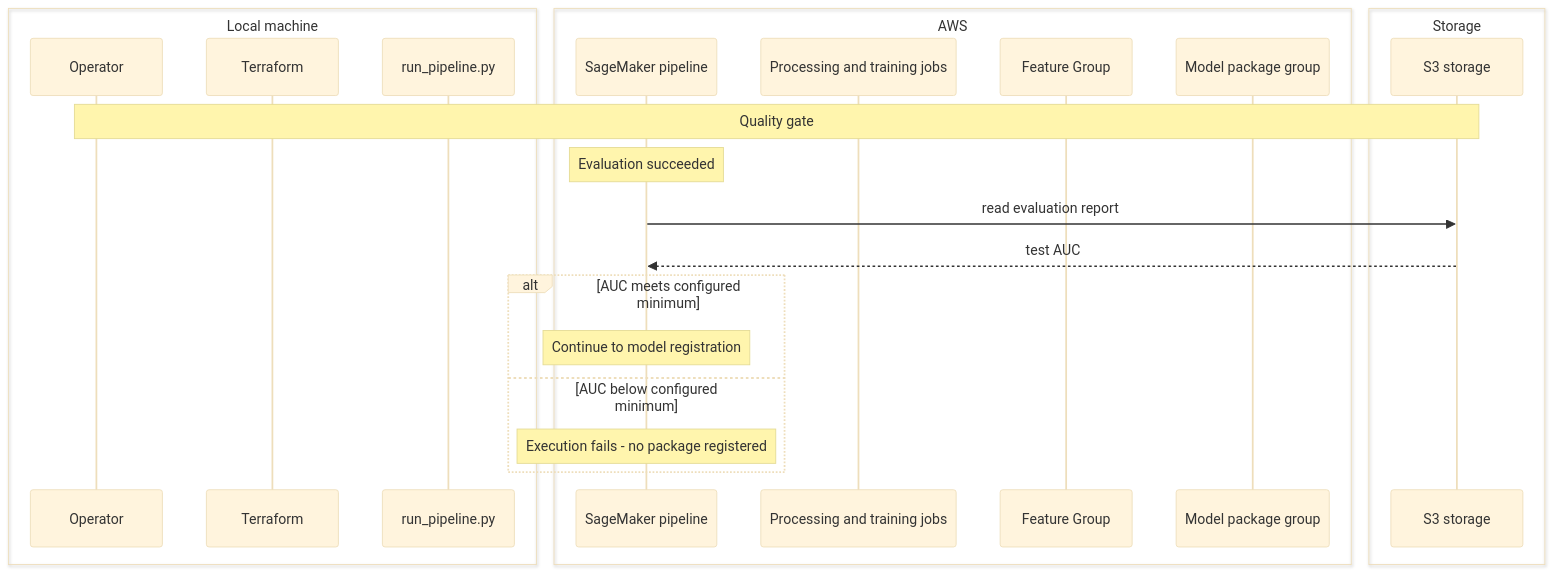
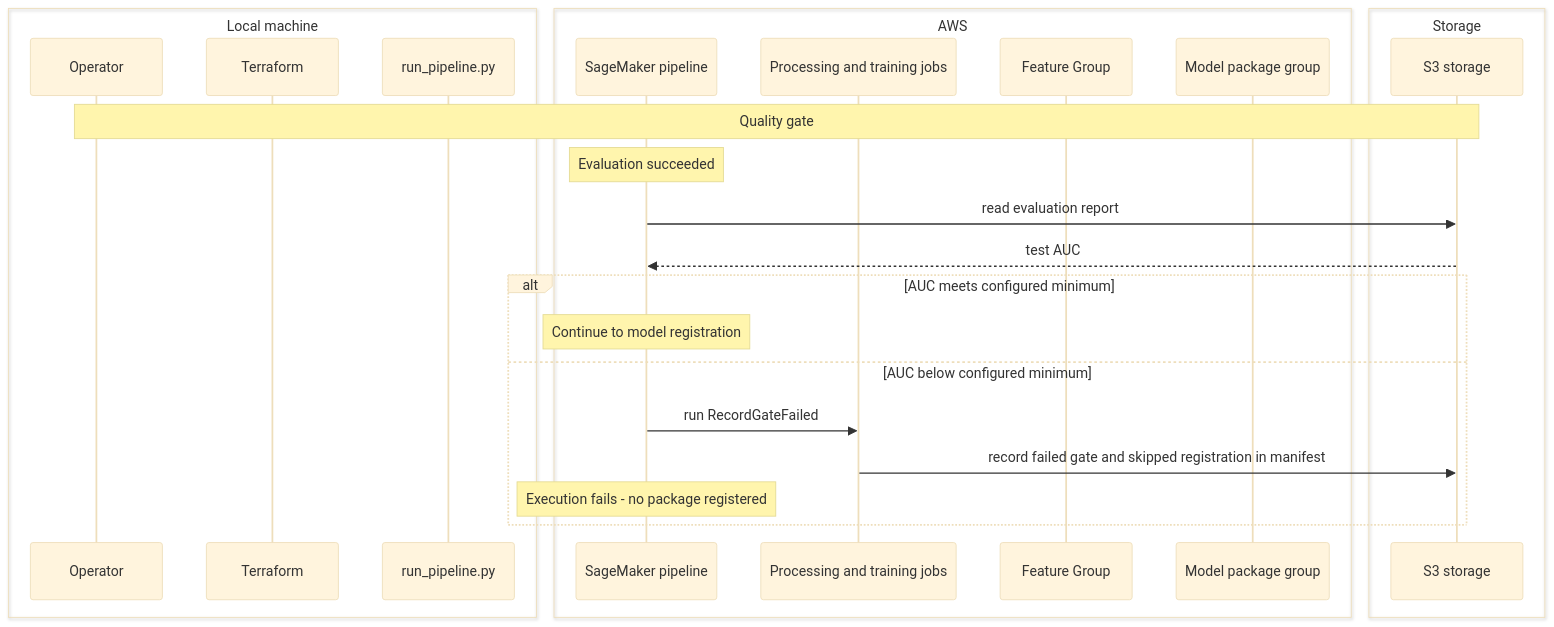
The diagram in Documentation/Pipeline/Children/Pipeline/Resources/SequenceDiagram_Action_6.md (MaximeBoulat/customer-churn-pipeline), drawn with Mermaid (base theme) before and after one commit. The commit also changed 20 other files, not shown here.

````diff
--- a/Documentation/Pipeline/Children/Pipeline/Resources/SequenceDiagram_Action_6.md
+++ b/Documentation/Pipeline/Children/Pipeline/Resources/SequenceDiagram_Action_6.md
@@ -1,27 +1,29 @@
 ```mermaid
 sequenceDiagram
     box Local machine
         participant Operator
         participant Terraform
         participant Launcher as run_pipeline.py
     end
     box AWS 
         participant Pipeline as SageMaker pipeline
         participant Jobs as Processing and training jobs
         participant Group as Feature Group
         participant Registry as Model package group
     end
 
     box Storage
         participant S3 as S3 storage
     end
     Note over Operator,S3: Quality gate
     Note over Pipeline: Evaluation succeeded
     Pipeline->>S3: read evaluation report
     S3-->>Pipeline: test AUC
     alt AUC meets configured minimum
         Note over Pipeline: Continue to model registration
     else AUC below configured minimum
+        Pipeline->>Jobs: run RecordGateFailed
+        Jobs->>S3: record failed gate and skipped registration in manifest
         Note over Pipeline: Execution fails - no package registered
     end
 ```
````
